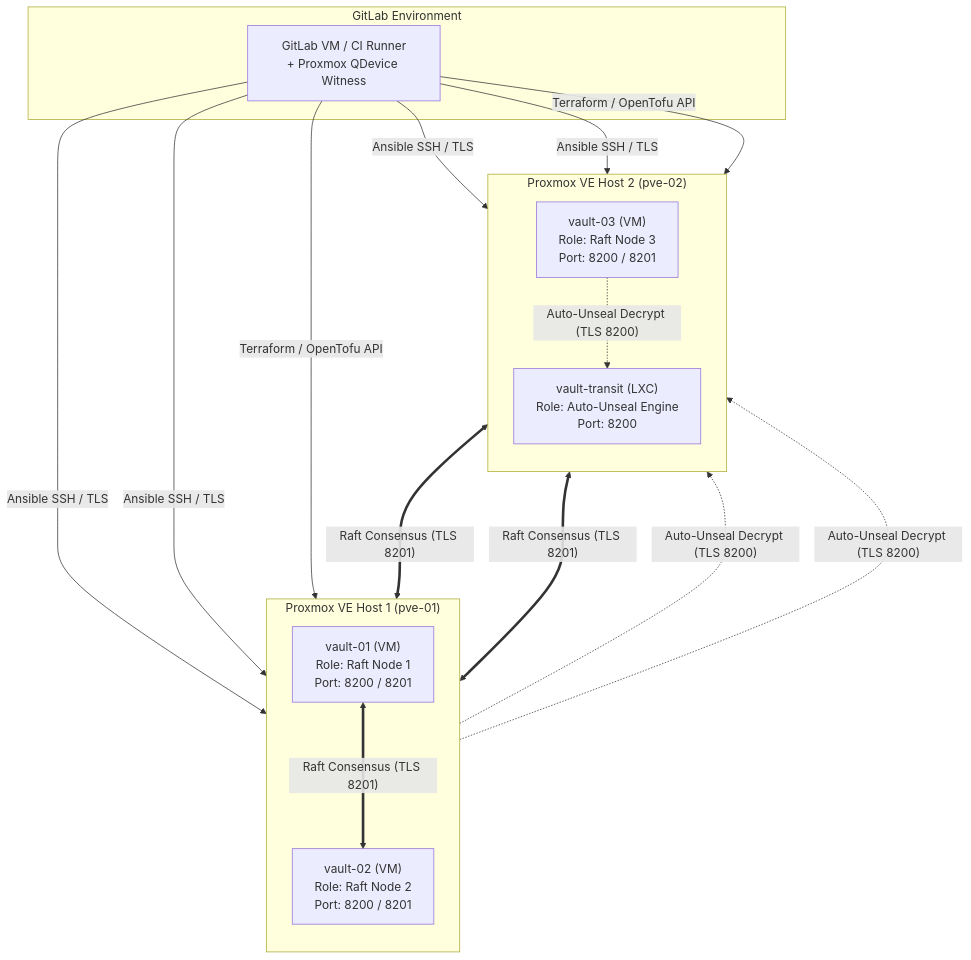
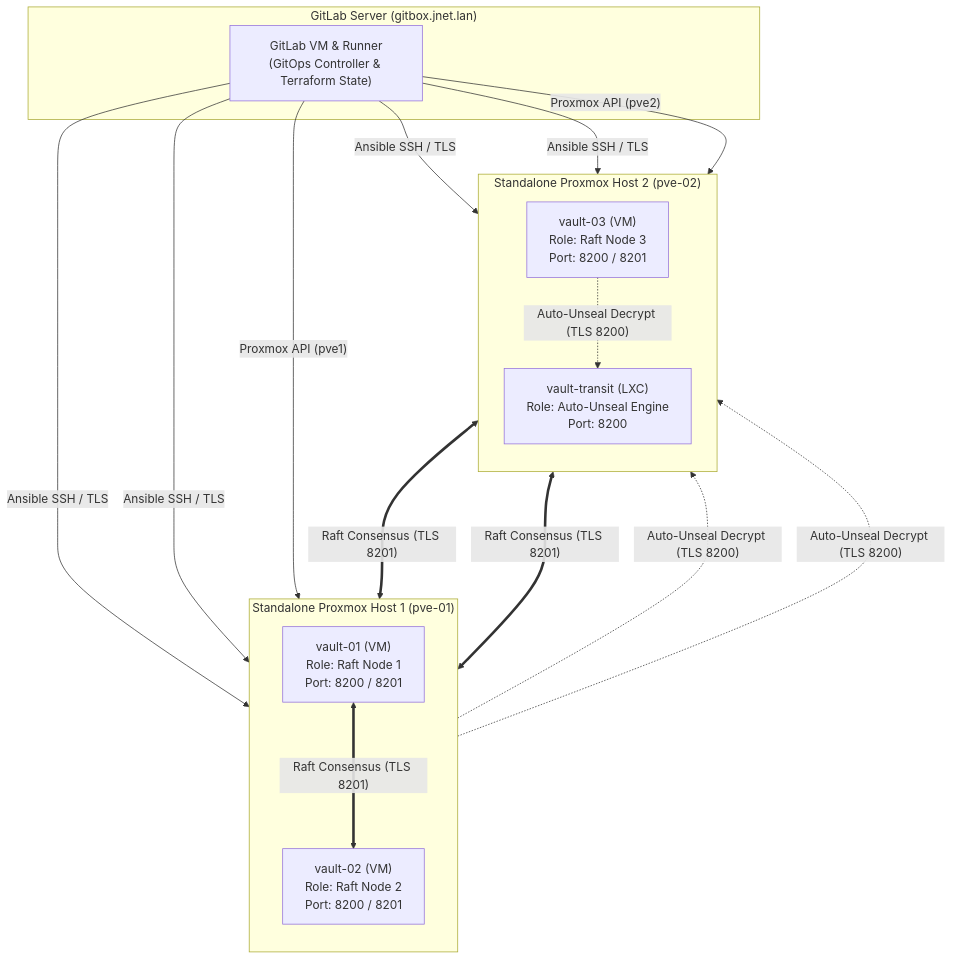
The first of 3 diagrams in docs/architecture.md (antonj-code/vault-bootstrap), drawn with Mermaid before and after one commit. The commit also changed other lines of this file and 8 other files, not shown here.

First line of the commit message:
refactor: adapt Terraform and docs for dual standalone (non-clustered) Proxmox hosts

````diff
--- a/docs/architecture.md
+++ b/docs/architecture.md
@@ -9,36 +9,36 @@
 ```mermaid
 flowchart TB
-    subgraph Physical_Host_1["Proxmox VE Host 1 (pve-01)"]
+    subgraph Physical_Host_1["Standalone Proxmox Host 1 (pve-01)"]
         direction TB
         V1["vault-01 (VM)<br/>Role: Raft Node 1<br/>Port: 8200 / 8201"]
         V2["vault-02 (VM)<br/>Role: Raft Node 2<br/>Port: 8200 / 8201"]
     end
 
-    subgraph Physical_Host_2["Proxmox VE Host 2 (pve-02)"]
+    subgraph Physical_Host_2["Standalone Proxmox Host 2 (pve-02)"]
         direction TB
         V3["vault-03 (VM)<br/>Role: Raft Node 3<br/>Port: 8200 / 8201"]
         VT["vault-transit (LXC)<br/>Role: Auto-Unseal Engine<br/>Port: 8200"]
     end
 
-    subgraph Management_Host["GitLab Environment"]
-        GL["GitLab VM / CI Runner<br/>+ Proxmox QDevice Witness"]
+    subgraph Management_Host["GitLab Server (gitbox.jnet.lan)"]
+        GL["GitLab VM & Runner<br/>(GitOps Controller & Terraform State)"]
     end
 
     %% Raft Consensus
     V1 <===>|"Raft Consensus (TLS 8201)"| V2
     V2 <===>|"Raft Consensus (TLS 8201)"| V3
     V3 <===>|"Raft Consensus (TLS 8201)"| V1
 
     %% Auto Unseal
     V1 -.->|"Auto-Unseal Decrypt (TLS 8200)"| VT
     V2 -.->|"Auto-Unseal Decrypt (TLS 8200)"| VT
     V3 -.->|"Auto-Unseal Decrypt (TLS 8200)"| VT
 
     %% Pipeline deployment
-    GL -->|"Terraform / OpenTofu API"| Physical_Host_1
-    GL -->|"Terraform / OpenTofu API"| Physical_Host_2
+    GL -->|"Proxmox API (pve1)"| Physical_Host_1
+    GL -->|"Proxmox API (pve2)"| Physical_Host_2
     GL -->|"Ansible SSH / TLS"| V1
     GL -->|"Ansible SSH / TLS"| V2
     GL -->|"Ansible SSH / TLS"| V3
     GL -->|"Ansible SSH / TLS"| VT
 ```
````
